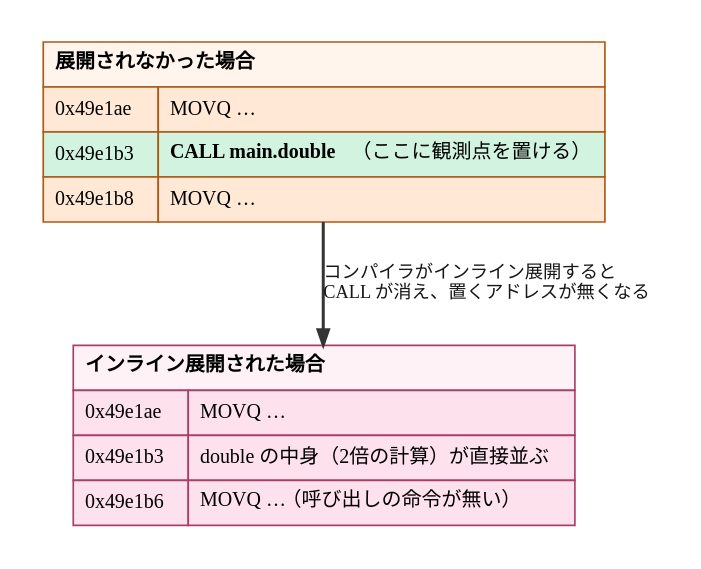
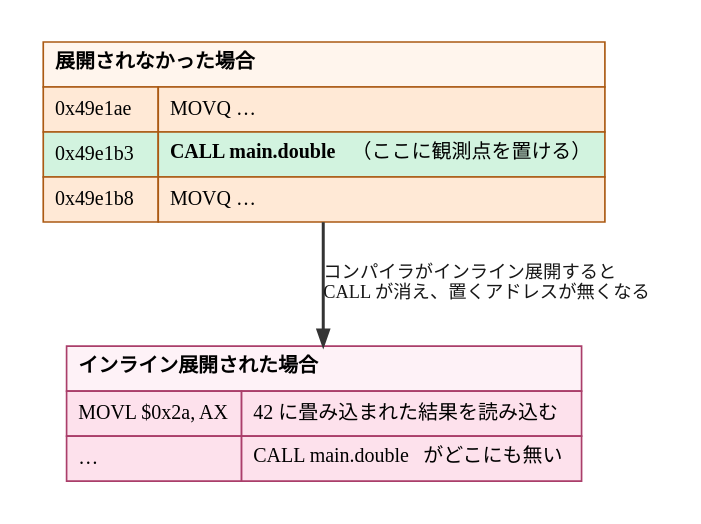
One commit to ymotongpoo/zenn.dev changed the diagram in diagrams/go-ebpf-primer/20260911-inlining.dot. Above: the diagram before and after it, drawn with Graphviz. The commit also changed 20 other files, not shown here.

```diff
--- a/diagrams/go-ebpf-primer/20260911-inlining.dot
+++ b/diagrams/go-ebpf-primer/20260911-inlining.dot
@@ -1,38 +1,37 @@
 // インライン展開で消える計装点
 digraph inlining {
   graph [
     fontname="IBM Plex Sans JP", fontsize=13,
     rankdir=TB, compound=true, splines=true,
     nodesep=0.5, ranksep=0.7, pad=0.25,
     bgcolor="white", newrank=true
   ];
   node [
     fontname="IBM Plex Sans JP", fontsize=12,
     shape=box, style="rounded,filled",
     fillcolor="#F1F1F1", color="#4A4A4A", penwidth=1.6,
     margin="0.2,0.14"
   ];
   edge [
     fontname="IBM Plex Sans JP", fontsize=11,
     color="#343434", penwidth=1.4, arrowsize=0.9,
     fontcolor="#171717"
   ];
 
   before [shape=plain, style="", label=<
     <table border="0" cellborder="1" cellspacing="0" cellpadding="6" color="#AB5A13">
       <tr><td colspan="2" align="left" bgcolor="#FFF5ED"><b>展開されなかった場合</b></td></tr>
       <tr><td align="left" bgcolor="#FFE9D6"><font face="JetBrains Mono">0x49e1ae</font></td><td align="left" bgcolor="#FFE9D6"><font face="JetBrains Mono">MOVQ …</font></td></tr>
       <tr><td align="left" bgcolor="#D2F3DF" port="call"><font face="JetBrains Mono">0x49e1b3</font></td><td align="left" bgcolor="#D2F3DF"><font face="JetBrains Mono"><b>CALL main.double</b></font>（ここに観測点を置ける）</td></tr>
       <tr><td align="left" bgcolor="#FFE9D6"><font face="JetBrains Mono">0x49e1b8</font></td><td align="left" bgcolor="#FFE9D6"><font face="JetBrains Mono">MOVQ …</font></td></tr>
     </table>>];
 
   after [shape=plain, style="", label=<
     <table border="0" cellborder="1" cellspacing="0" cellpadding="6" color="#AA3E6A">
       <tr><td colspan="2" align="left" bgcolor="#FEF2F7"><b>インライン展開された場合</b></td></tr>
-      <tr><td align="left" bgcolor="#FDE1EC"><font face="JetBrains Mono">0x49e1ae</font></td><td align="left" bgcolor="#FDE1EC"><font face="JetBrains Mono">MOVQ …</font></td></tr>
-      <tr><td align="left" bgcolor="#FDE1EC"><font face="JetBrains Mono">0x49e1b3</font></td><td align="left" bgcolor="#FDE1EC">double の中身（2倍の計算）が直接並ぶ</td></tr>
-      <tr><td align="left" bgcolor="#FDE1EC"><font face="JetBrains Mono">0x49e1b6</font></td><td align="left" bgcolor="#FDE1EC"><font face="JetBrains Mono">MOVQ …</font>（呼び出しの命令が無い）</td></tr>
+      <tr><td align="left" bgcolor="#FDE1EC"><font face="JetBrains Mono">MOVL $0x2a, AX</font></td><td align="left" bgcolor="#FDE1EC">42 に畳み込まれた結果を読み込む</td></tr>
+      <tr><td align="left" bgcolor="#FDE1EC"><font face="JetBrains Mono">…</font></td><td align="left" bgcolor="#FDE1EC"><font face="JetBrains Mono">CALL main.double</font> がどこにも無い</td></tr>
     </table>>];
 
   before -> after [label=" コンパイラがインライン展開すると\l CALL が消え、置くアドレスが無くなる\l", penwidth=1.8];
 }
```
